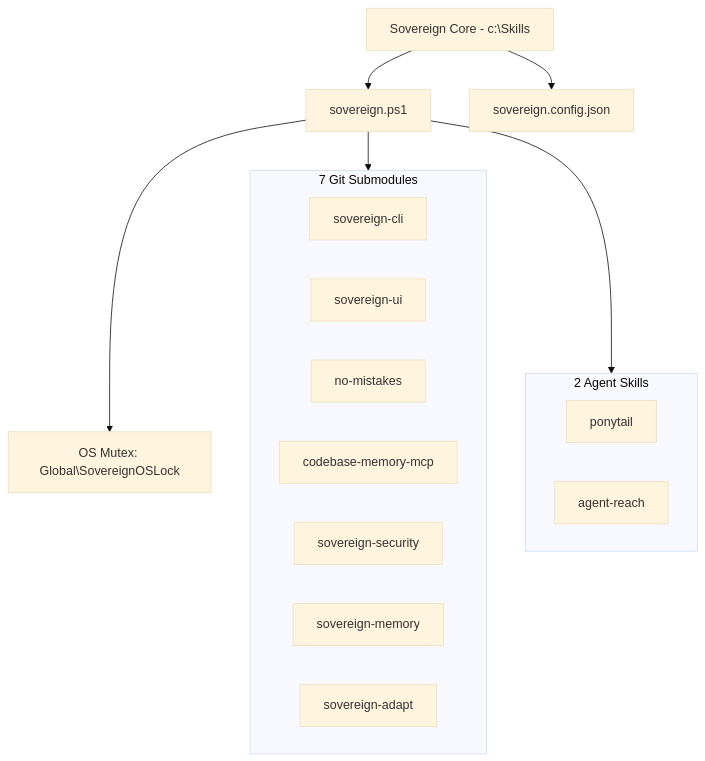
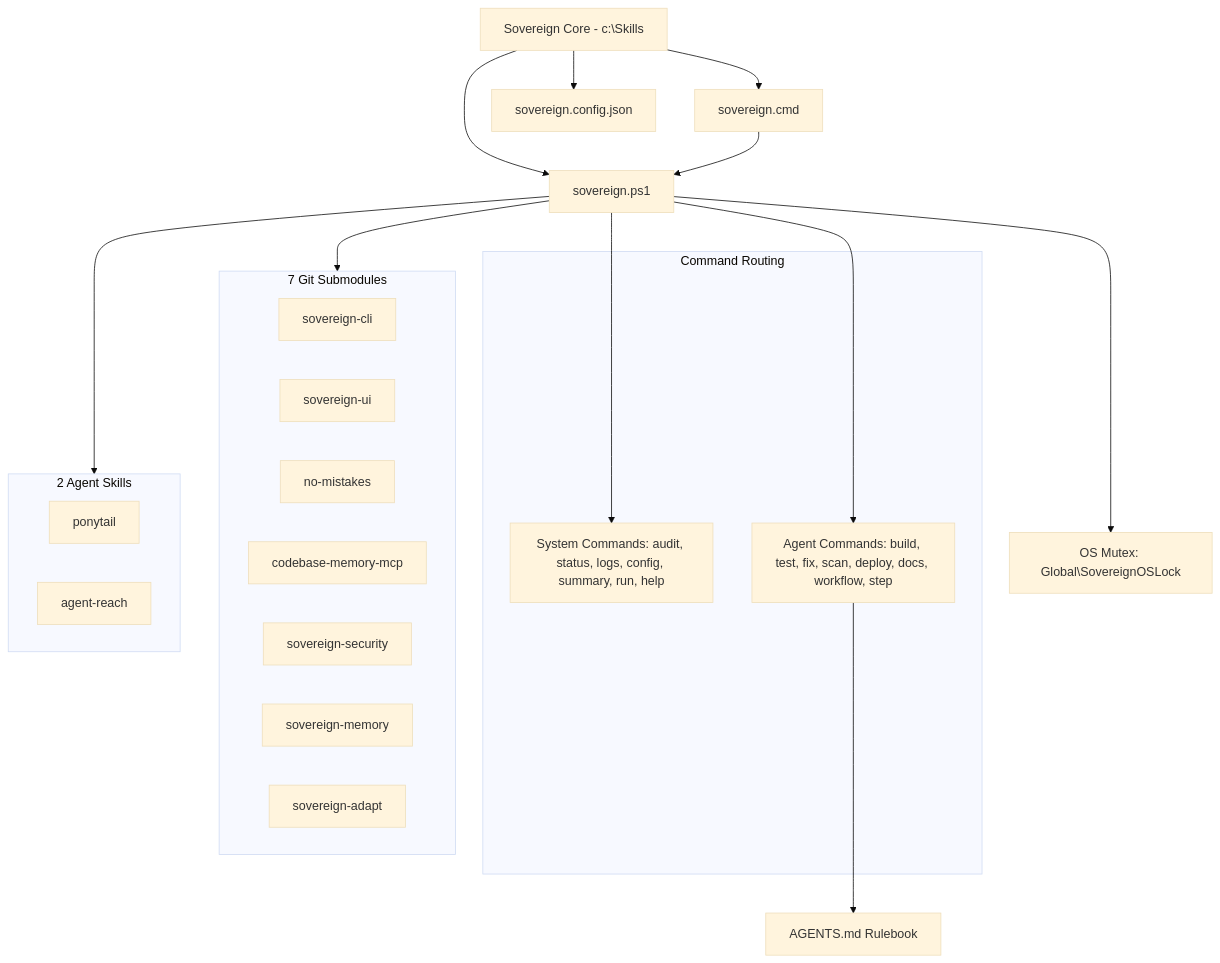
Before and after one commit to tejaswin-amara/Sovereign-OS: the diagram in docs/architecture.md, drawn with Mermaid (base theme). The commit also changed other lines of this file and 254 other files, not shown here.

````diff
--- a/docs/architecture.md
+++ b/docs/architecture.md
@@ -11,25 +11,36 @@
 ```mermaid
 graph TD
     Root[Sovereign Core - c:\Skills] --> PS[sovereign.ps1]
+    Root --> CMD[sovereign.cmd]
     Root --> CFG[sovereign.config.json]
     
+    CMD --> PS
     PS --> Mutex[OS Mutex: Global\SovereignOSLock]
+    
+    subgraph Command Routing
+        SystemCmds[System Commands: audit, status, logs, config, summary, run, help]
+        AgentCmds[Agent Commands: build, test, fix, scan, deploy, docs, workflow, step]
+    end
+    
+    PS --> SystemCmds
+    PS --> AgentCmds
+    AgentCmds --> Rulebook[AGENTS.md Rulebook]
     
     subgraph Modules [7 Git Submodules]
         M1[sovereign-cli]
         M2[sovereign-ui]
         M3[no-mistakes]
         M4[codebase-memory-mcp]
         M5[sovereign-security]
         M6[sovereign-memory]
         M7[sovereign-adapt]
     end
     
     subgraph Skills [2 Agent Skills]
         S1[ponytail]
         S2[agent-reach]
     end
 
     PS --> Modules
     PS --> Skills
 ```
````
